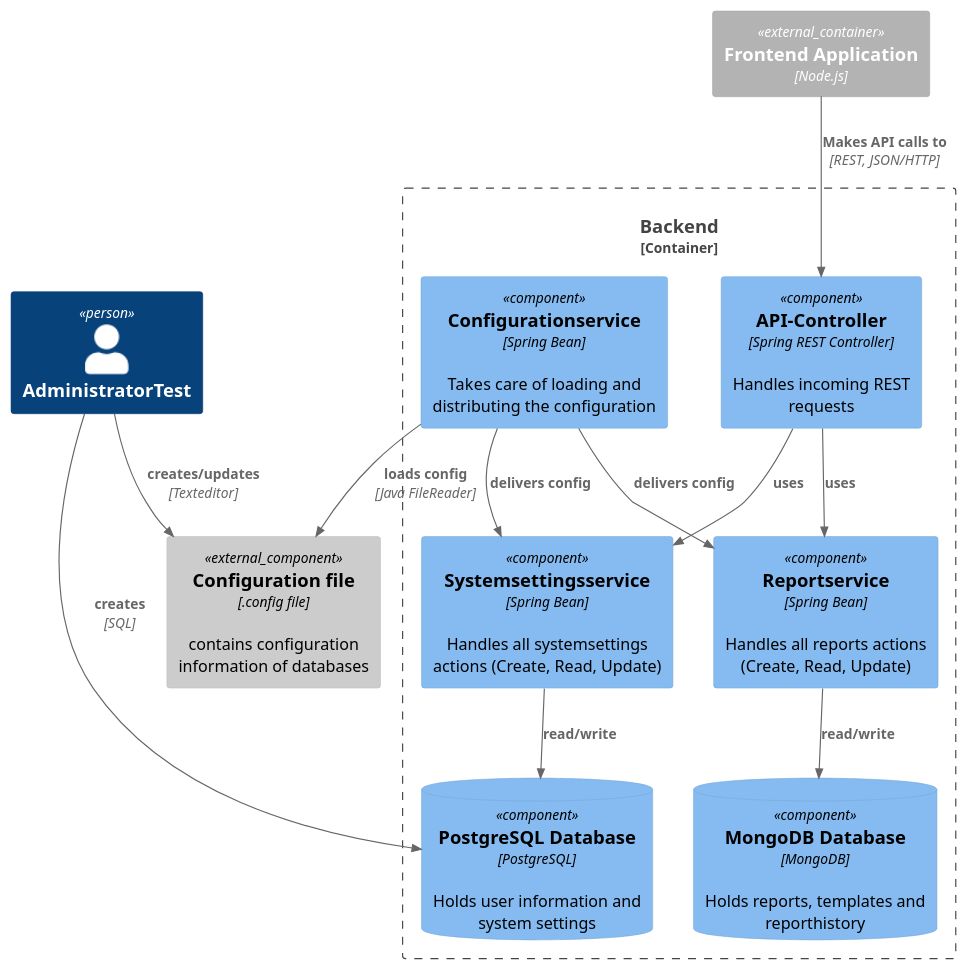
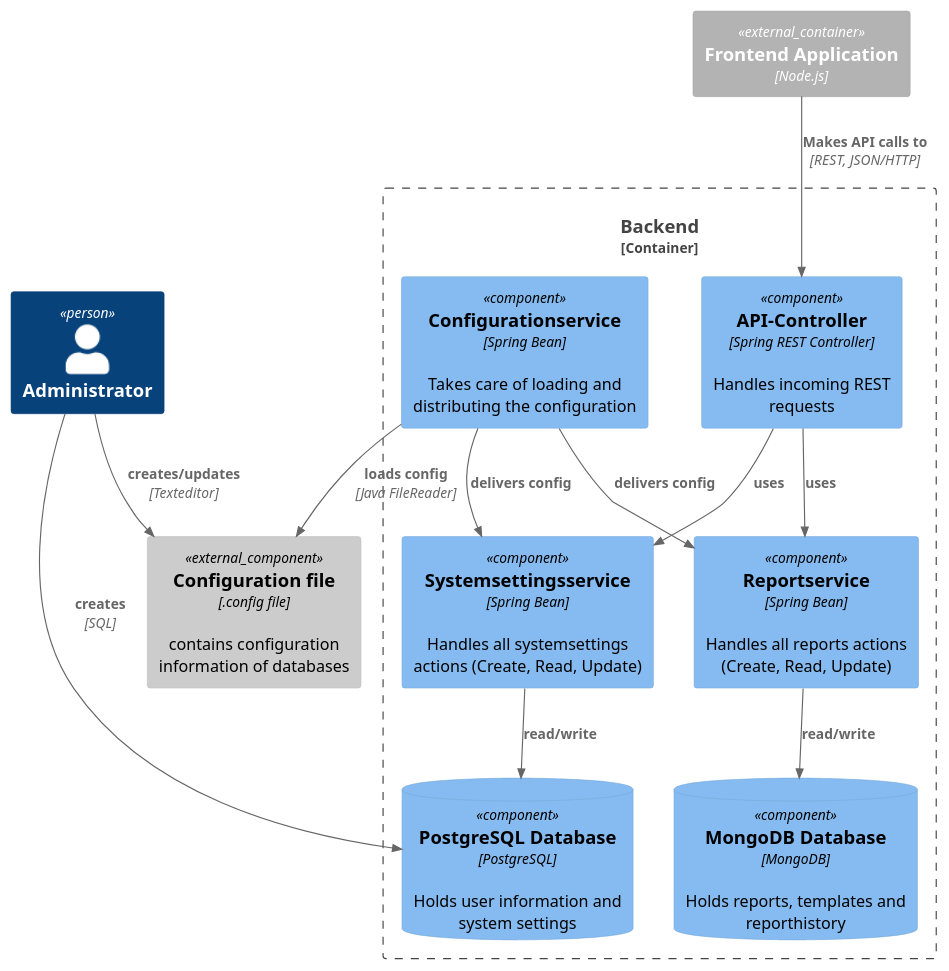
Before and after one commit to informatik-heilbronn/transparenz-cockpit: the diagram in Documentation/Backend/C4_backend_architecture_level3.puml, drawn with PlantUML.

Commit message:
Testing PlantUML Pipeline/Triggering

```diff
--- a/Documentation/Backend/C4_backend_architecture_level3.puml
+++ b/Documentation/Backend/C4_backend_architecture_level3.puml
@@ -1,40 +1,40 @@
 @startuml Transparent_Backend
 !include https://raw.githubusercontent.com/plantuml-stdlib/C4-PlantUML/master/C4_Component.puml
 
-Person(admin, "AdministratorTest")
+Person(admin, "Administrator")
 
 Container_Ext(frontend, "Frontend Application", "Node.js")
 
 Container_Boundary(backend, "Backend"){
 
   Component(APIcontroller, "API-Controller", "Spring REST Controller", "Handles incoming REST requests ")
 
 
   Component(configurator, "Configurationservice", "Spring Bean", "Takes care of loading and distributing the configuration")
   Component(systemSettings, "Systemsettingsservice", "Spring Bean", "Handles all systemsettings actions (Create, Read, Update)")
   Component(projektReport, "Reportservice", "Spring Bean", "Handles all reports actions (Create, Read, Update)")
   
   
   ComponentDb(mongo_db, "MongoDB Database", "MongoDB", "Holds reports, templates and reporthistory")
   ComponentDb(postgre_db, "PostgreSQL Database", "PostgreSQL", "Holds user information and system settings")
 
 
 }
 
 Component_Ext(configFile, "Configuration file", ".config file", "contains configuration information of databases")
 
 Rel(frontend, APIcontroller, "Makes API calls to", "REST, JSON/HTTP")
 
 Rel(APIcontroller, systemSettings, "uses")
 Rel(APIcontroller, projektReport, "uses")
 
 Rel(configurator,configFile, "loads config", "Java FileReader")
 Rel(admin,configFile, "creates/updates", "Texteditor")
 
 Rel(configurator, systemSettings, "delivers config")
 Rel(configurator, projektReport, "delivers config")
 
 Rel(admin,postgre_db, "creates", "SQL")
 Rel(systemSettings, postgre_db, "read/write")
 Rel(projektReport, mongo_db, "read/write")
 @enduml
```
